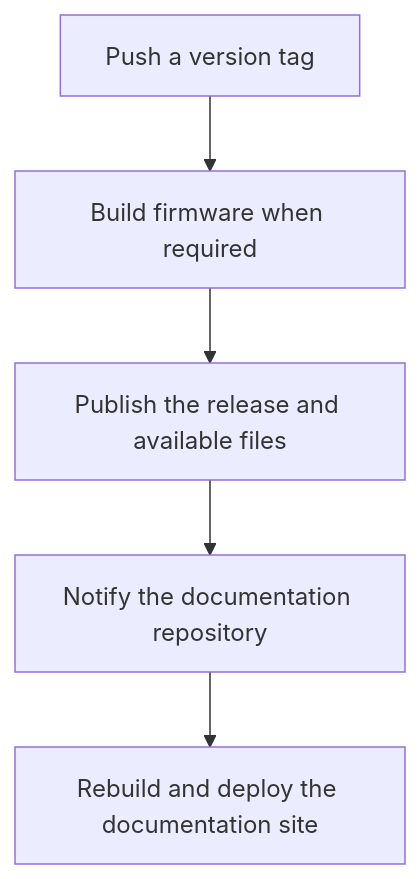
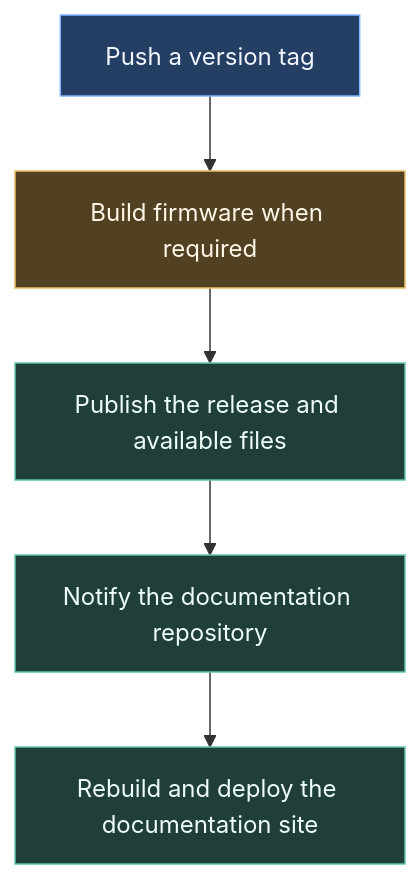
The fourth of 4 diagrams in docs/ci/README.md (ARTTU-Software/.github), drawn with Mermaid before and after one commit. The commit also changed other lines of this file and 5 other files, not shown here.

Commit message:
docs: use sidebar sections and restore coloured Mermaid diagrams

````diff
--- a/docs/ci/README.md
+++ b/docs/ci/README.md
@@ -134,7 +147,15 @@
 ```mermaid
 flowchart TB
     TAG["Push a version tag"] --> BUILD["Build firmware when required"]
     BUILD --> RELEASE["Publish the release and available files"]
     RELEASE --> NOTIFY["Notify the documentation repository"]
     NOTIFY --> DOCS["Rebuild and deploy the documentation site"]
+
+    classDef task fill:#253e64,stroke:#82b4ff,color:#f3f7ff
+    classDef process fill:#203f3b,stroke:#66c5ae,color:#f0fff9
+    classDef check fill:#514122,stroke:#e8bf63,color:#fff8e8
+    classDef failure fill:#512d3d,stroke:#ef91ac,color:#fff1f6
+    class TAG task
+    class BUILD check
+    class RELEASE,NOTIFY,DOCS process
 ```
````
